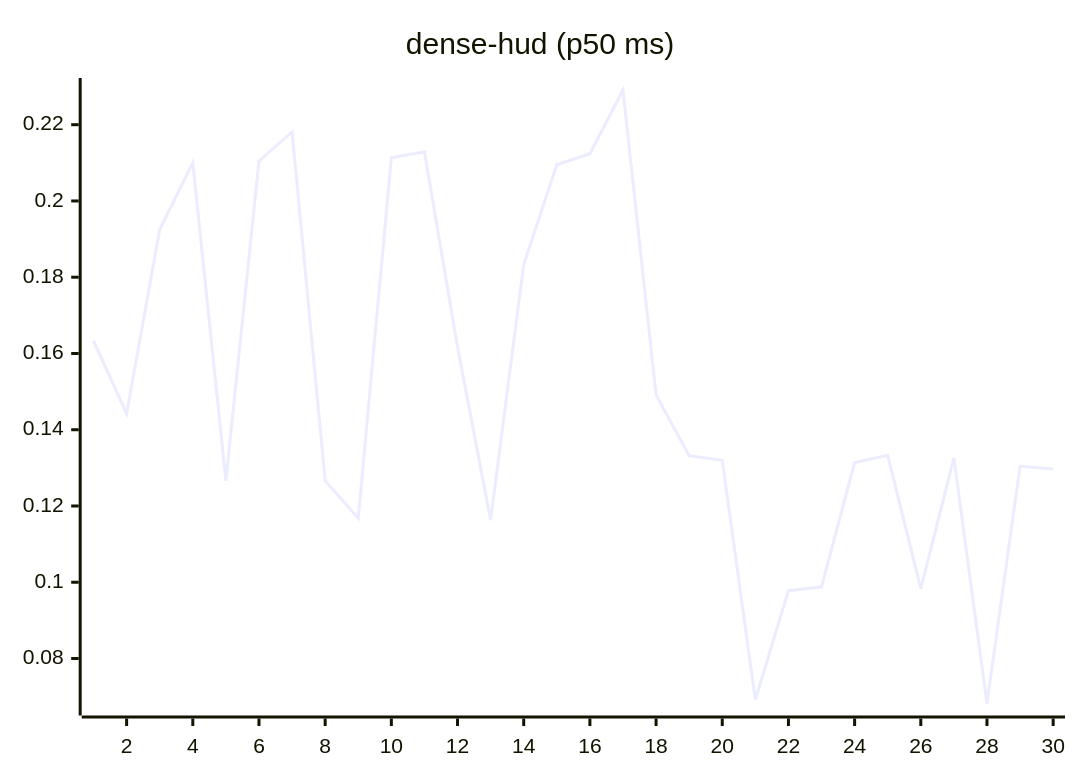
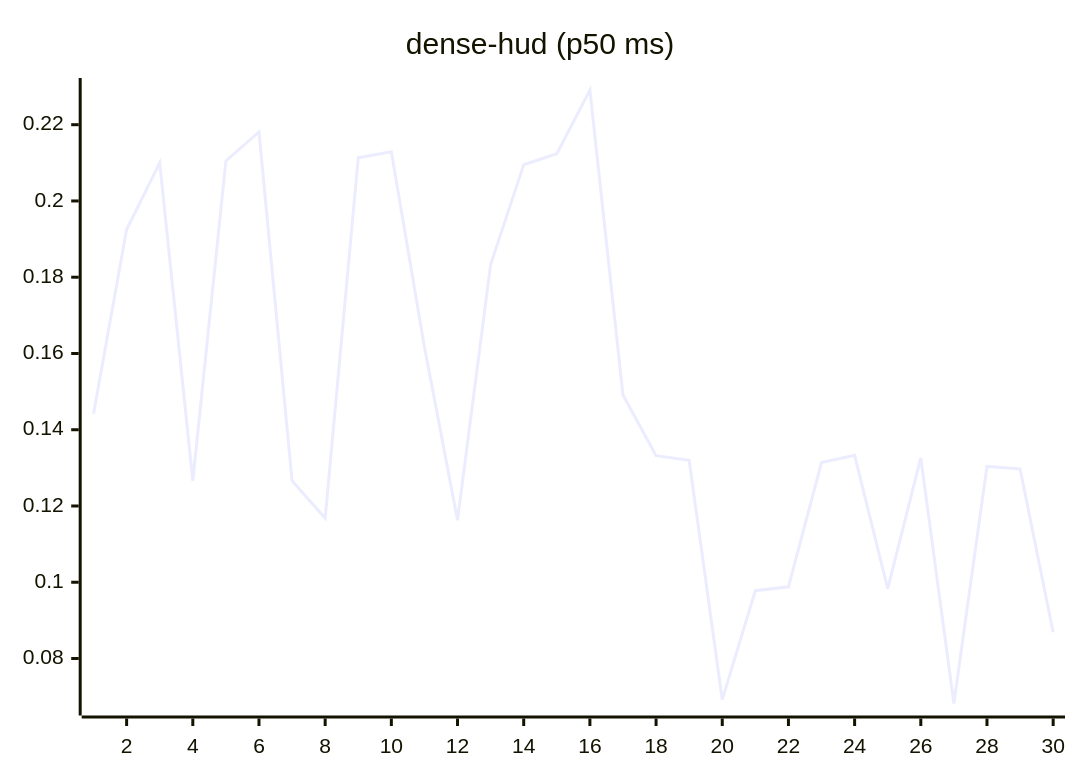
Before and after one commit to josha/Facet: the eighth of 27 diagrams in README.md, drawn with Mermaid. The commit also changed other lines of this file and 2 other files, not shown here.

````diff
--- a/README.md
+++ b/README.md
@@ -112,6 +112,6 @@
 ```mermaid
 xychart-beta
     title "dense-hud (p50 ms)"
     x-axis 1 --> 30
-    line [0.1633, 0.1442, 0.1925, 0.2100, 0.1266, 0.2105, 0.2181, 0.1266, 0.1168, 0.2113, 0.2129, 0.1617, 0.1163, 0.1833, 0.2095, 0.2124, 0.2291, 0.1491, 0.1332, 0.1320, 0.0692, 0.0978, 0.0988, 0.1314, 0.1333, 0.0983, 0.1326, 0.0682, 0.1304, 0.1297]
+    line [0.1442, 0.1925, 0.2100, 0.1266, 0.2105, 0.2181, 0.1266, 0.1168, 0.2113, 0.2129, 0.1617, 0.1163, 0.1833, 0.2095, 0.2124, 0.2291, 0.1491, 0.1332, 0.1320, 0.0692, 0.0978, 0.0988, 0.1314, 0.1333, 0.0983, 0.1326, 0.0682, 0.1304, 0.1297, 0.0869]
 ```
````
